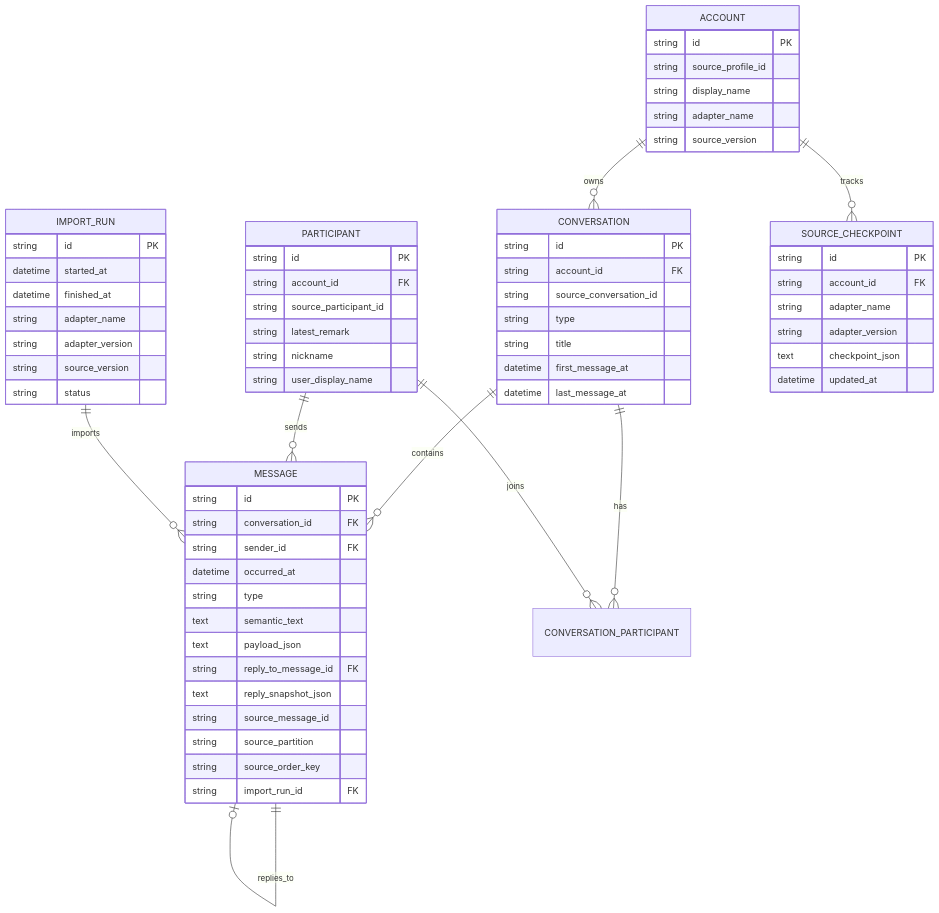
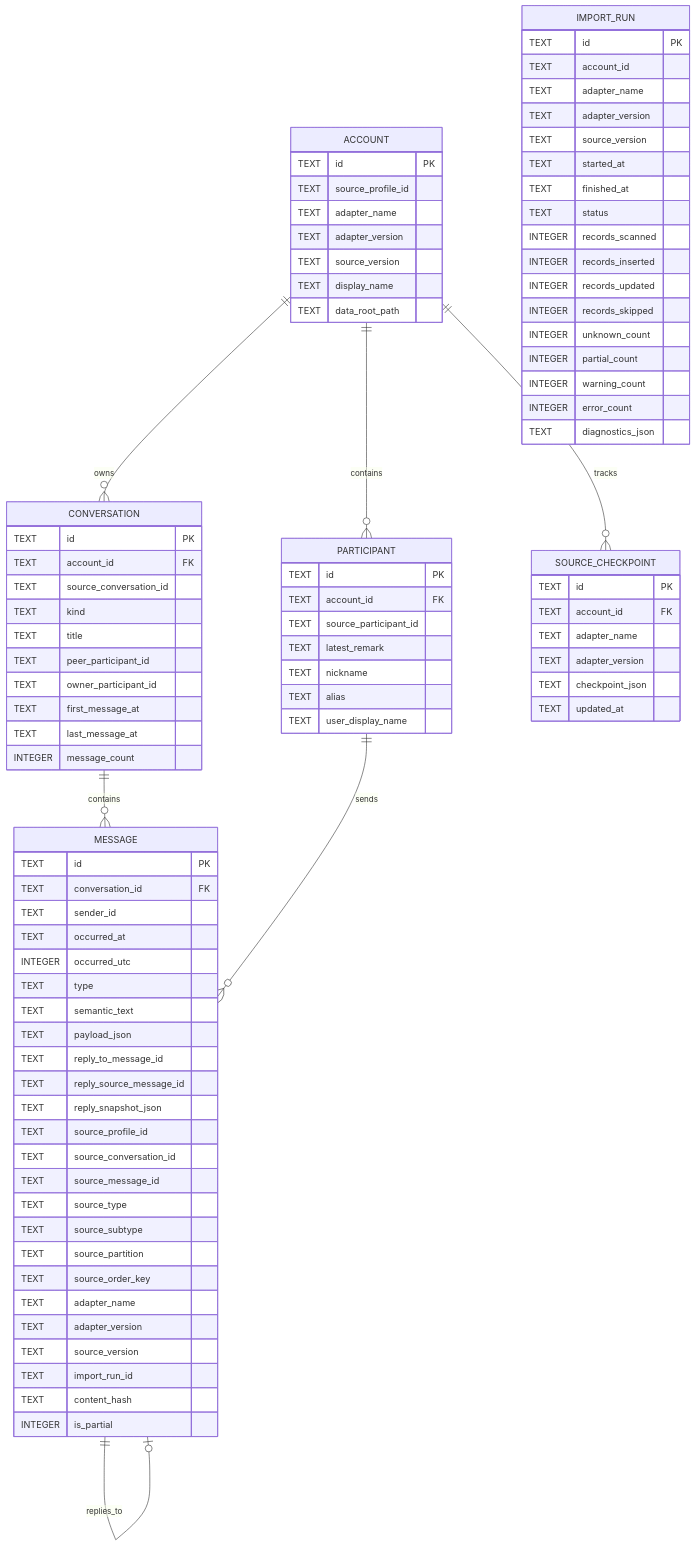
The diagram in docs/DATA_MODEL.md (lybym/WeArchive), drawn with Mermaid before and after one commit. The commit also changed other lines of this file and 95 other files, not shown here.

````diff
--- a/docs/DATA_MODEL.md
+++ b/docs/DATA_MODEL.md
@@ -25,72 +28,97 @@
 erDiagram
     ACCOUNT ||--o{ CONVERSATION : owns
     CONVERSATION ||--o{ MESSAGE : contains
-    CONVERSATION ||--o{ CONVERSATION_PARTICIPANT : has
-    PARTICIPANT ||--o{ CONVERSATION_PARTICIPANT : joins
     PARTICIPANT ||--o{ MESSAGE : sends
     MESSAGE ||--o| MESSAGE : replies_to
-    IMPORT_RUN ||--o{ MESSAGE : imports
+    ACCOUNT ||--o{ PARTICIPANT : contains
     ACCOUNT ||--o{ SOURCE_CHECKPOINT : tracks
 
     ACCOUNT {
-        string id PK
-        string source_profile_id
-        string display_name
-        string adapter_name
-        string source_version
+        TEXT id PK
+        TEXT source_profile_id
+        TEXT adapter_name
+        TEXT adapter_version
+        TEXT source_version
+        TEXT display_name
+        TEXT data_root_path
+    }
+
+    PARTICIPANT {
+        TEXT id PK
+        TEXT account_id FK
+        TEXT source_participant_id
+        TEXT latest_remark
+        TEXT nickname
+        TEXT alias
+        TEXT user_display_name
     }
 
     CONVERSATION {
-        string id PK
-        string account_id FK
-        string source_conversation_id
-        string type
-        string title
-        datetime first_message_at
-        datetime last_message_at
-    }
-
-    PARTICIPANT {
-        string id PK
-        string account_id FK
-        string source_participant_id
-        string latest_remark
-        string nickname
-        string user_display_name
+        TEXT id PK
+        TEXT account_id FK
+        TEXT source_conversation_id
+        TEXT kind
+        TEXT title
+        TEXT peer_participant_id
+        TEXT owner_participant_id
+        TEXT first_message_at
+        TEXT last_message_at
+        INTEGER message_count
     }
 
     MESSAGE {
-        string id PK
-        string conversation_id FK
-        string sender_id FK
-        datetime occurred_at
-        string type
-        text semantic_text
-        text payload_json
-        string reply_to_message_id FK
-        text reply_snapshot_json
-        string source_message_id
-        string source_partition
-        string source_order_key
-        string import_run_id FK
+        TEXT id PK
+        TEXT conversation_id FK
+        TEXT sender_id
+        TEXT occurred_at
+        INTEGER occurred_utc
+        TEXT type
+        TEXT semantic_text
+        TEXT payload_json
+        TEXT reply_to_message_id
+        TEXT reply_source_message_id
+        TEXT reply_snapshot_json
+        TEXT source_profile_id
+        TEXT source_conversation_id
+        TEXT source_message_id
+        TEXT source_type
+        TEXT source_subtype
+        TEXT source_partition
+        TEXT source_order_key
+        TEXT adapter_name
+        TEXT adapter_version
+        TEXT source_version
+        TEXT import_run_id
+        TEXT content_hash
+        INTEGER is_partial
     }
 
     IMPORT_RUN {
-        string id PK
-        datetime started_at
-        datetime finished_at
-        string adapter_name
-        string adapter_version
-        string source_version
-        string status
+        TEXT id PK
+        TEXT account_id
+        TEXT adapter_name
+        TEXT adapter_version
+        TEXT source_version
+        TEXT started_at
+        TEXT finished_at
+        TEXT status
+        INTEGER records_scanned
+        INTEGER records_inserted
+        INTEGER records_updated
+        INTEGER records_skipped
+        INTEGER unknown_count
+        INTEGER partial_count
+        INTEGER warning_count
+        INTEGER error_count
+        TEXT diagnostics_json
     }
 
     SOURCE_CHECKPOINT {
-        string id PK
-        string account_id FK
-        string adapter_name
-        string adapter_version
-        text checkpoint_json
-        datetime updated_at
+        TEXT id PK
+        TEXT account_id FK
+        TEXT adapter_name
+        TEXT adapter_version
+        TEXT checkpoint_json
+        TEXT updated_at
     }
 ```
````
